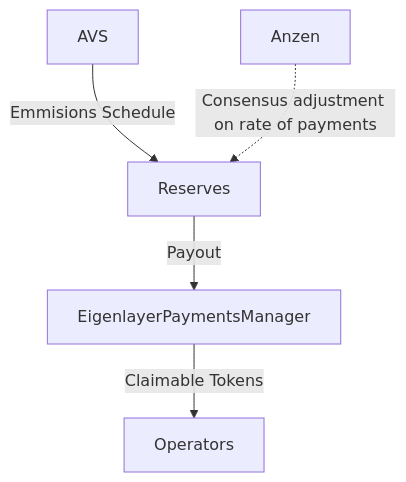
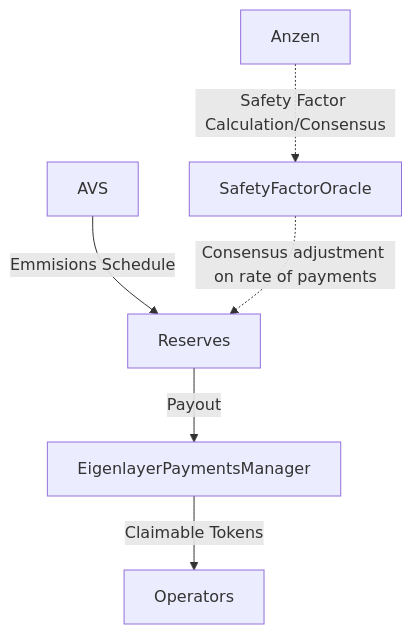
The diagram in README.md (devgod1007/anzen-contracts), drawn with Mermaid before and after one commit. The commit also changed other lines of this file and 5 other files, not shown here.

````diff
--- a/README.md
+++ b/README.md
@@ -18,9 +18,11 @@
 ```mermaid
 graph TD;
 AVS-->|Emmisions Schedule| Reserves;
 Reserves-->|Payout| EigenlayerPaymentsManager;
 EigenlayerPaymentsManager-->|Claimable Tokens|Operators;
 
-Anzen-.->|Consensus adjustment on rate of payments|Reserves
+SafetyFactorOracle-.->|Consensus adjustment on rate of payments|Reserves
+
+Anzen-.->|Safety Factor Calculation/Consensus|SafetyFactorOracle;
 
 ```
````
